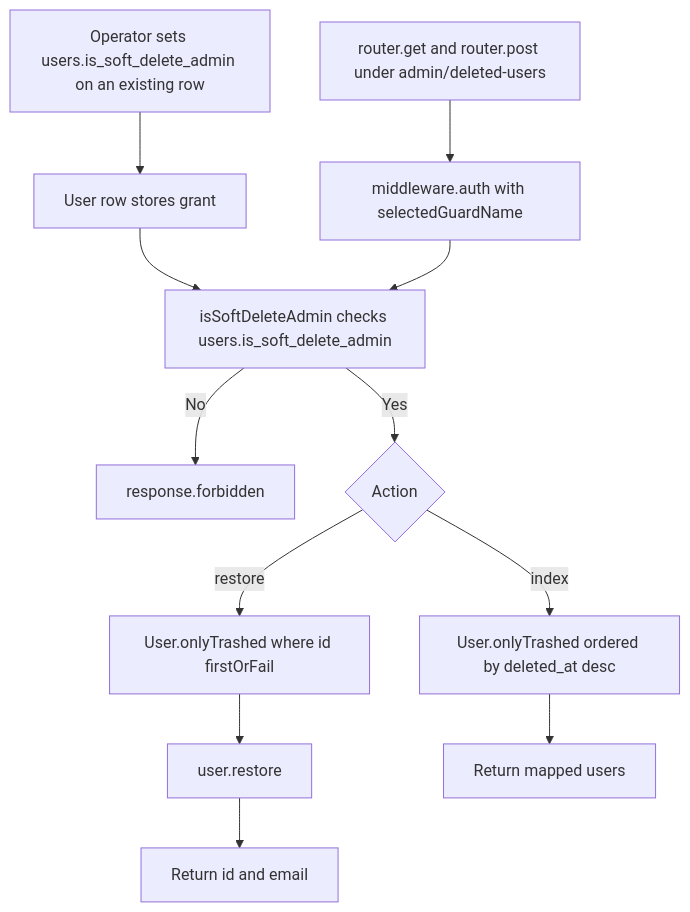
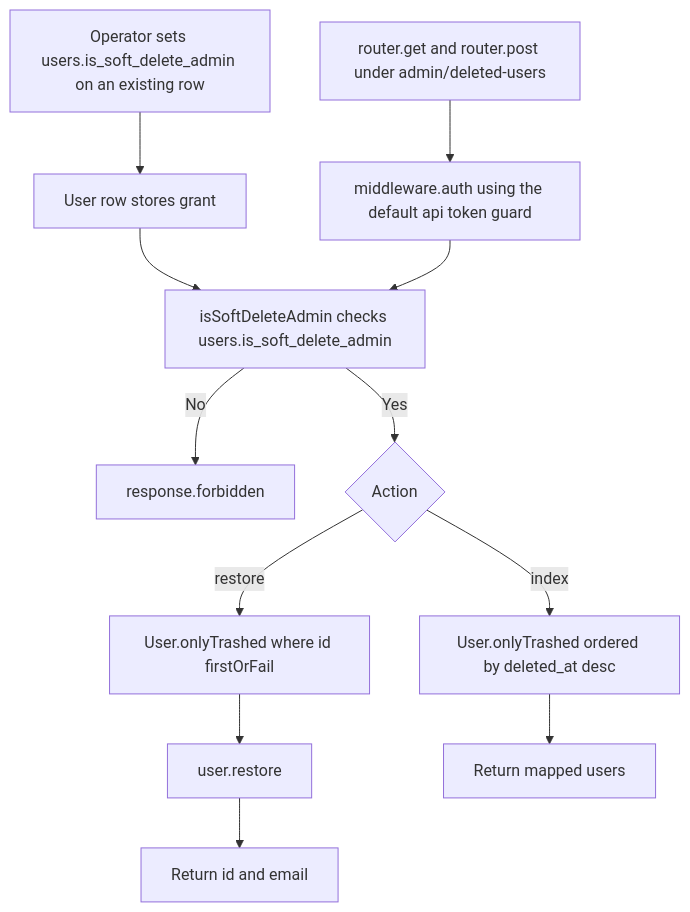
Before and after one commit to Kevinjohn/oss-adonisjs-lucid-soft-delete: the second of 2 diagrams in user-stories/example-apps/us-demo-02-api-admin-restore.md, drawn with Mermaid. The commit also changed other lines of this file and 19 other files, not shown here.

````diff
--- a/user-stories/example-apps/us-demo-02-api-admin-restore.md
+++ b/user-stories/example-apps/us-demo-02-api-admin-restore.md
@@ -38,14 +39,14 @@
 ```mermaid
 flowchart TD
     P["Operator sets users.is_soft_delete_admin on an existing row"] --> Q["User row stores grant"]
     Q --> C
-    A["router.get and router.post under admin/deleted-users"] --> B["middleware.auth with selectedGuardName"]
+    A["router.get and router.post under admin/deleted-users"] --> B["middleware.auth using the default api token guard"]
     B --> C["isSoftDeleteAdmin checks users.is_soft_delete_admin"]
     C -->|No| D["response.forbidden"]
     C -->|Yes| E{"Action"}
     E -->|index| F["User.onlyTrashed ordered by deleted_at desc"]
     E -->|restore| G["User.onlyTrashed where id firstOrFail"]
     G --> H["user.restore"]
     F --> I["Return mapped users"]
     H --> J["Return id and email"]
 ```
````
